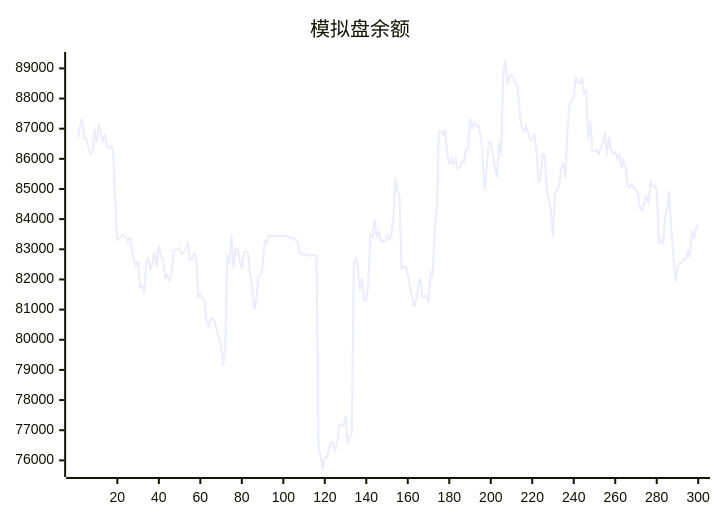
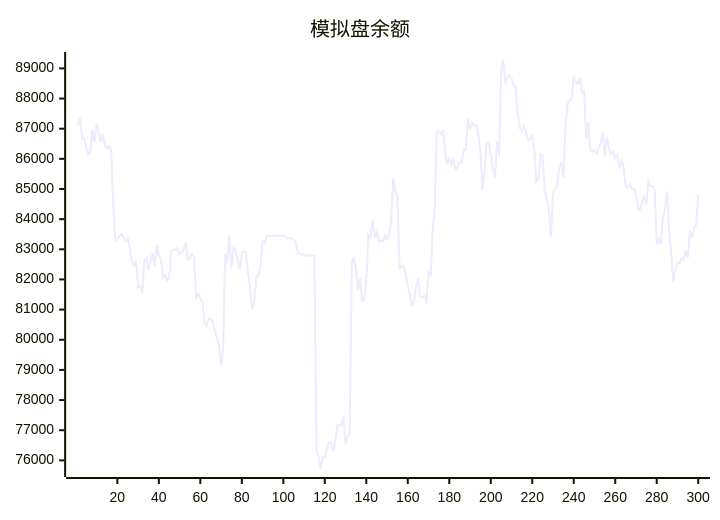
The diagram in README.md (aahl/ai-trading), drawn with Mermaid before and after one commit. The commit also changed other lines of this file and 1 other file, not shown here.

````diff
--- a/README.md
+++ b/README.md
@@ -5,5 +5,5 @@
 ```mermaid
 xychart
     title "模拟盘余额"
-    line [86664,87115,87369,86666,86685,86384,86152,86243,86969,86548,87164,86885,86566,86809,86427,86348,86417,86273,84538,83299,83369,83430,83490,83404,83270,83362,83056,82605,82459,82614,81734,81788,81551,82598,82702,82320,82580,82878,82426,83139,82778,82686,82056,82166,81963,82110,82951,82983,82984,83038,82838,82915,82998,83235,82642,82682,82858,82746,81396,81512,81362,81277,80600,80461,80699,80673,80616,80288,80038,79836,79142,79722,82837,82533,83480,82366,83032,82960,82654,82330,82883,82934,82901,82188,81728,81005,81298,82110,82135,82449,83264,83203,83440,83439,83440,83440,83446,83447,83448,83447,83448,83449,83369,83369,83369,83313,83256,82872,82873,82801,82844,82785,82791,82791,82793,82794,76339,76145,75714,76110,76096,76397,76594,76585,76310,76607,77160,77170,77160,77456,76541,76774,76927,82520,82744,82337,81639,82040,81307,81314,81887,83490,83414,83984,83396,83594,83261,83287,83253,83470,83327,83465,83987,85348,84930,84786,82355,82433,82438,82167,81795,81466,81105,81315,81756,82064,81426,81398,81481,81210,82242,82099,83658,84359,86925,86892,86814,86980,86203,85802,86003,85811,86028,85657,85721,85896,85880,86300,86299,87378,86965,87214,87115,87118,86780,86238,84966,85623,86555,86562,86129,85722,85387,86569,86070,88870,89278,88477,88720,88781,88668,88467,88372,87493,87018,86917,87102,86870,86613,86644,86758,86317,85242,85334,86149,86106,84968,84671,84302,83410,84816,85001,85127,85693,85891,85384,87001,87811,87945,88007,88734,88528,88495,88705,88189,88248,86662,87234,86279,86251,86314,86177,86364,86503,86886,86114,86731,86310,86176,86240,86017,86136,85685,85938,85749,85111,85044,85164,85016,85008,84824,84354,84287,84572,84745,84500,85234,85096,85095,84970,83180,83338,83157,84070,84309,84922,83667,82850,81924,82369,82552,82539,82695,82648,82962,82728,83619,83378,83710,83825]
+    line [87115,87369,86666,86685,86384,86152,86243,86969,86548,87164,86885,86566,86809,86427,86348,86417,86273,84538,83299,83369,83430,83490,83404,83270,83362,83056,82605,82459,82614,81734,81788,81551,82598,82702,82320,82580,82878,82426,83139,82778,82686,82056,82166,81963,82110,82951,82983,82984,83038,82838,82915,82998,83235,82642,82682,82858,82746,81396,81512,81362,81277,80600,80461,80699,80673,80616,80288,80038,79836,79142,79722,82837,82533,83480,82366,83032,82960,82654,82330,82883,82934,82901,82188,81728,81005,81298,82110,82135,82449,83264,83203,83440,83439,83440,83440,83446,83447,83448,83447,83448,83449,83369,83369,83369,83313,83256,82872,82873,82801,82844,82785,82791,82791,82793,82794,76339,76145,75714,76110,76096,76397,76594,76585,76310,76607,77160,77170,77160,77456,76541,76774,76927,82520,82744,82337,81639,82040,81307,81314,81887,83490,83414,83984,83396,83594,83261,83287,83253,83470,83327,83465,83987,85348,84930,84786,82355,82433,82438,82167,81795,81466,81105,81315,81756,82064,81426,81398,81481,81210,82242,82099,83658,84359,86925,86892,86814,86980,86203,85802,86003,85811,86028,85657,85721,85896,85880,86300,86299,87378,86965,87214,87115,87118,86780,86238,84966,85623,86555,86562,86129,85722,85387,86569,86070,88870,89278,88477,88720,88781,88668,88467,88372,87493,87018,86917,87102,86870,86613,86644,86758,86317,85242,85334,86149,86106,84968,84671,84302,83410,84816,85001,85127,85693,85891,85384,87001,87811,87945,88007,88734,88528,88495,88705,88189,88248,86662,87234,86279,86251,86314,86177,86364,86503,86886,86114,86731,86310,86176,86240,86017,86136,85685,85938,85749,85111,85044,85164,85016,85008,84824,84354,84287,84572,84745,84500,85234,85096,85095,84970,83180,83338,83157,84070,84309,84922,83667,82850,81924,82369,82552,82539,82695,82648,82962,82728,83619,83378,83710,83825,84819]
 ```
````
